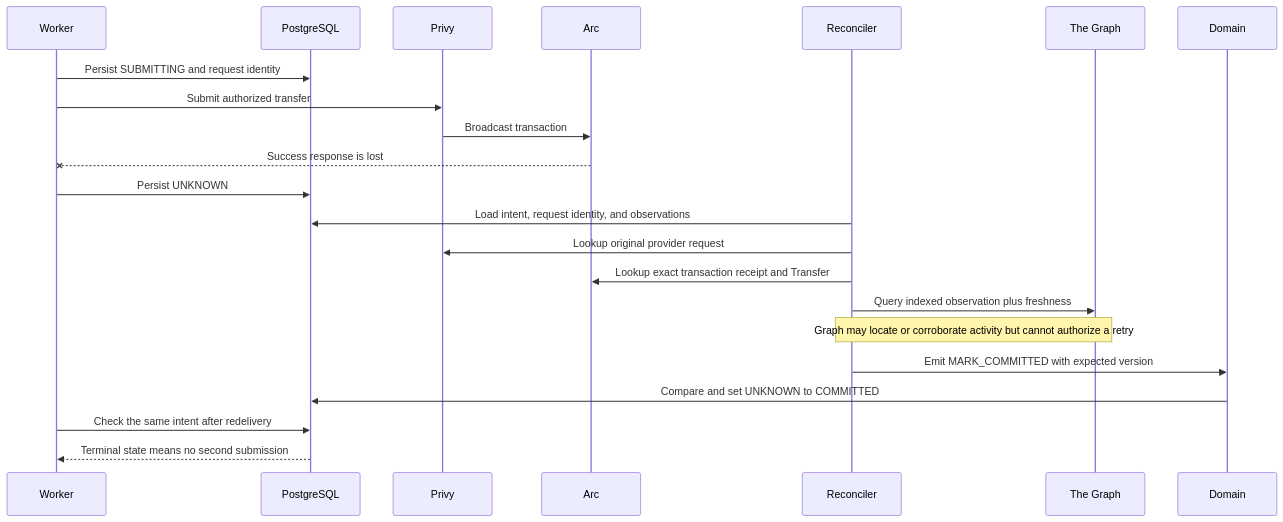
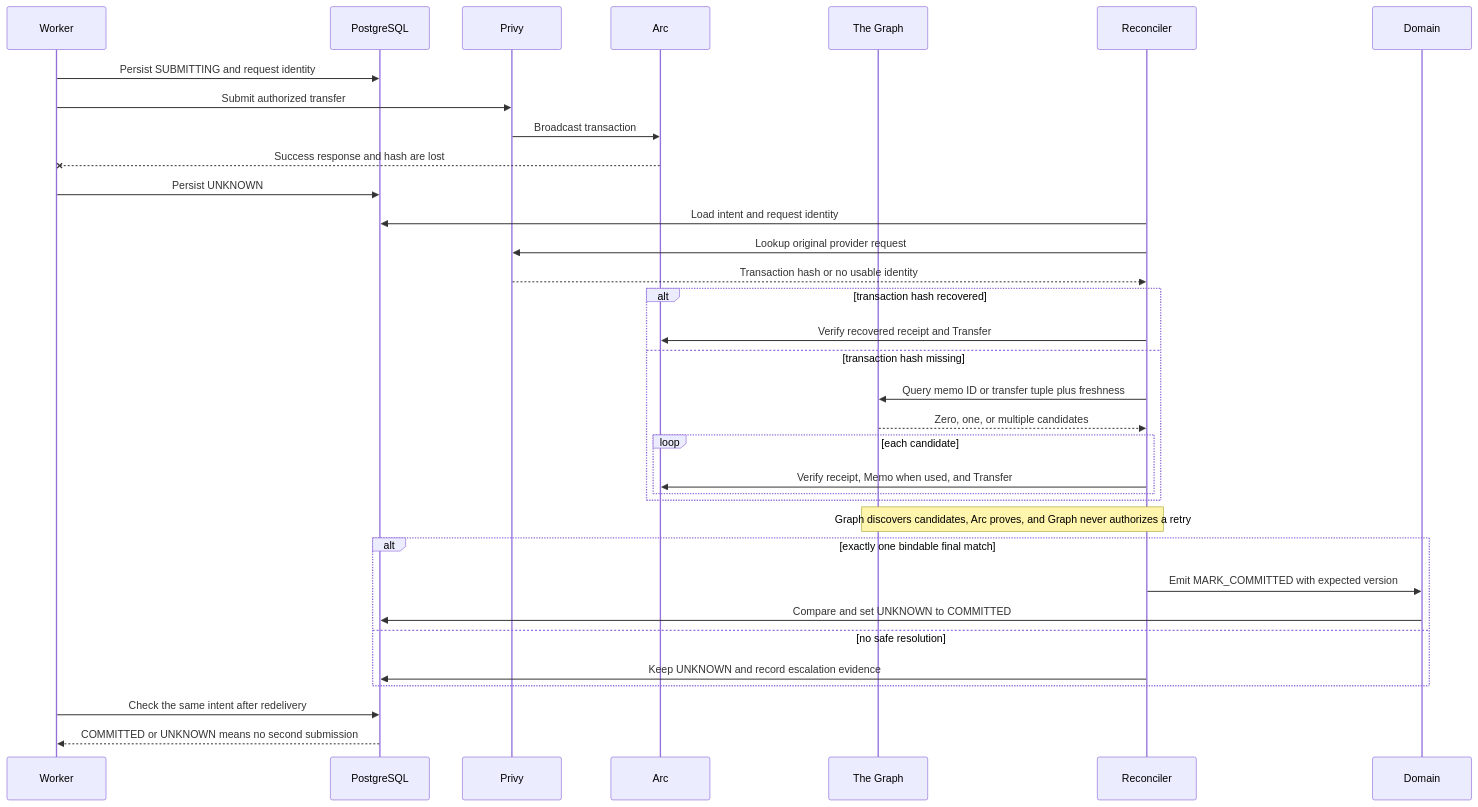
One commit to SWOFART/OneShot changed the fifth of 7 diagrams in docs/DOMAIN_ARCHITECTURE.md. Above: the diagram before and after it, drawn with Mermaid. The commit also changed other lines of this file and 31 other files, not shown here.

````diff
--- a/docs/DOMAIN_ARCHITECTURE.md
+++ b/docs/DOMAIN_ARCHITECTURE.md
@@ -165,24 +165,37 @@
 ```mermaid
 sequenceDiagram
     participant Worker
     participant DB as PostgreSQL
     participant Privy
     participant Arc
+    participant Graph as The Graph
     participant Reconciler
-    participant Graph as The Graph
+    participant Domain
 
     Worker->>DB: Persist SUBMITTING and request identity
     Worker->>Privy: Submit authorized transfer
     Privy->>Arc: Broadcast transaction
-    Arc--xWorker: Success response is lost
+    Arc--xWorker: Success response and hash are lost
     Worker->>DB: Persist UNKNOWN
-    Reconciler->>DB: Load intent, request identity, and observations
+    Reconciler->>DB: Load intent and request identity
     Reconciler->>Privy: Lookup original provider request
-    Reconciler->>Arc: Lookup exact transaction receipt and Transfer
-    Reconciler->>Graph: Query indexed observation plus freshness
-    Note over Reconciler,Graph: Graph may locate or corroborate activity but cannot authorize a retry
-    Reconciler->>Domain: Emit MARK_COMMITTED with expected version
-    Domain->>DB: Compare and set UNKNOWN to COMMITTED
+    Privy-->>Reconciler: Transaction hash or no usable identity
+    alt transaction hash recovered
+        Reconciler->>Arc: Verify recovered receipt and Transfer
+    else transaction hash missing
+        Reconciler->>Graph: Query memo ID or transfer tuple plus freshness
+        Graph-->>Reconciler: Zero, one, or multiple candidates
+        loop each candidate
+            Reconciler->>Arc: Verify receipt, Memo when used, and Transfer
+        end
+    end
+    Note over Reconciler,Graph: Graph discovers candidates, Arc proves, and Graph never authorizes a retry
+    alt exactly one bindable final match
+        Reconciler->>Domain: Emit MARK_COMMITTED with expected version
+        Domain->>DB: Compare and set UNKNOWN to COMMITTED
+    else no safe resolution
+        Reconciler->>DB: Keep UNKNOWN and record escalation evidence
+    end
     Worker->>DB: Check the same intent after redelivery
-    DB-->>Worker: Terminal state means no second submission
+    DB-->>Worker: COMMITTED or UNKNOWN means no second submission
 ```
````
